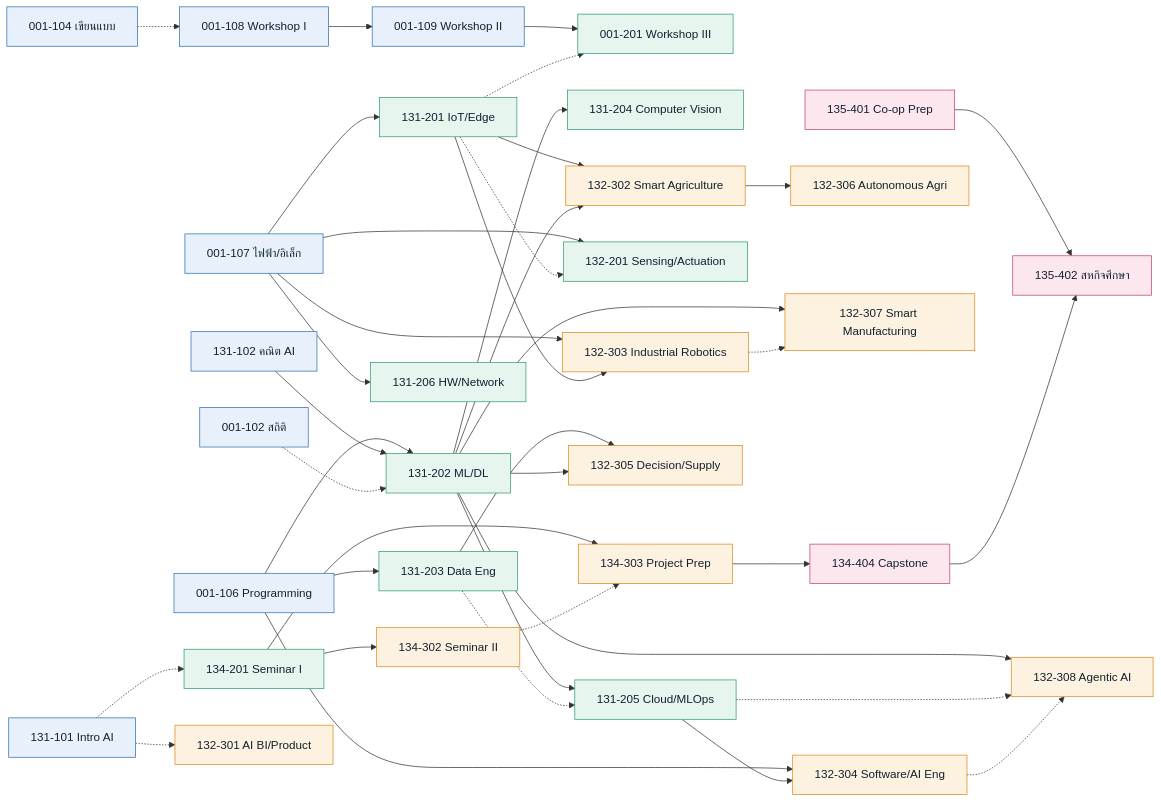
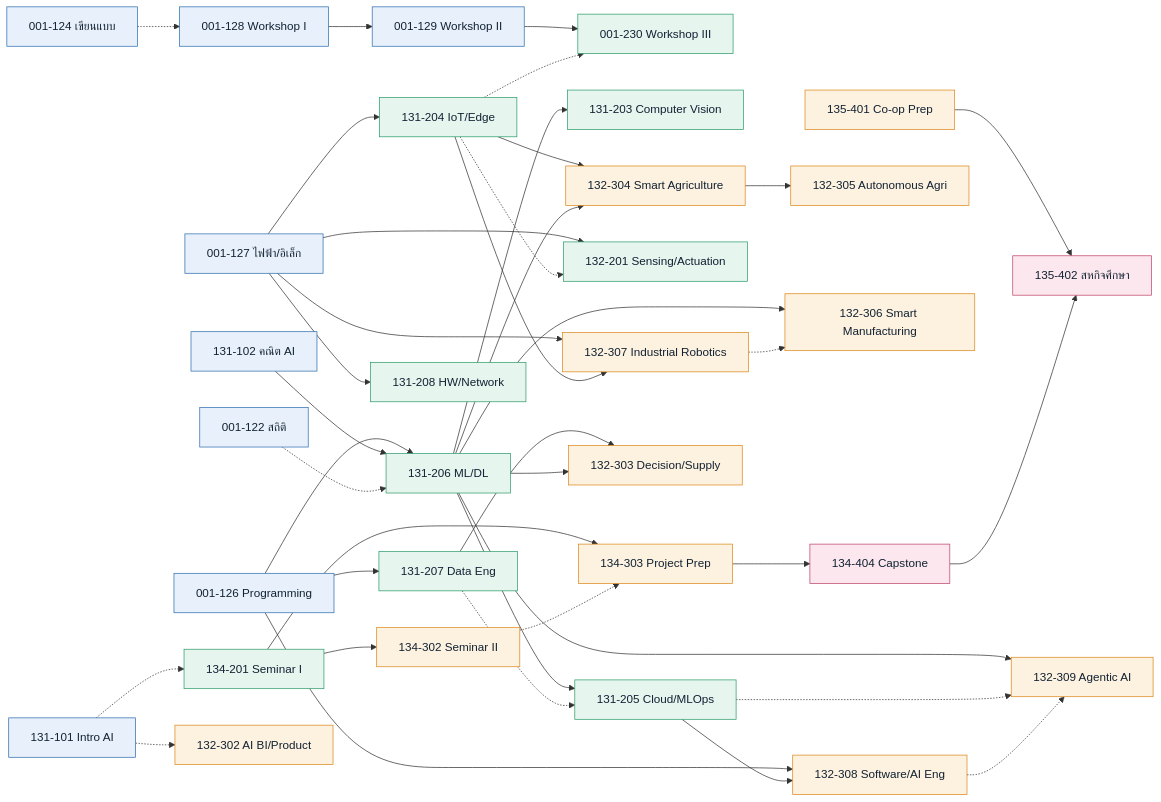
The diagram in Labor_Growth_Report_Vault/03_OBE_PLO_Design_2570/08_Study_Plan_and_Dependencies.md (babankbro/KSU-AI-EN), drawn with Mermaid before and after one commit. The commit also changed other lines of this file and 26 other files, not shown here.

````diff
--- a/Labor_Growth_Report_Vault/03_OBE_PLO_Design_2570/08_Study_Plan_and_Dependencies.md
+++ b/Labor_Growth_Report_Vault/03_OBE_PLO_Design_2570/08_Study_Plan_and_Dependencies.md
@@ -35,82 +37,82 @@
 ```mermaid
 flowchart LR
   classDef y1 fill:#e8f1fb,stroke:#2f6fb0,color:#123
   classDef y2 fill:#e6f5ee,stroke:#2f9e6b,color:#123
   classDef y3 fill:#fdf1df,stroke:#dd8a1e,color:#123
   classDef y4 fill:#fce7ee,stroke:#c1466b,color:#123
 
-  PROG["001-106 Programming"]:::y1
-  ELEC["001-107 ไฟฟ้า/อิเล็ก"]:::y1
-  STAT["001-102 สถิติ"]:::y1
-  DRAW["001-104 เขียนแบบ"]:::y1
-  W1["001-108 Workshop I"]:::y1
-  W2["001-109 Workshop II"]:::y1
+  PROG["001-126 Programming"]:::y1
+  ELEC["001-127 ไฟฟ้า/อิเล็ก"]:::y1
+  STAT["001-122 สถิติ"]:::y1
+  DRAW["001-124 เขียนแบบ"]:::y1
+  W1["001-128 Workshop I"]:::y1
+  W2["001-129 Workshop II"]:::y1
   INTRO["131-101 Intro AI"]:::y1
   MATH["131-102 คณิต AI"]:::y1
 
-  ML["131-202 ML/DL"]:::y2
-  DATA["131-203 Data Eng"]:::y2
-  IOT["131-201 IoT/Edge"]:::y2
-  W3["001-201 Workshop III"]:::y2
-  CV["131-204 Computer Vision"]:::y2
+  ML["131-206 ML/DL"]:::y2
+  DATA["131-207 Data Eng"]:::y2
+  IOT["131-204 IoT/Edge"]:::y2
+  W3["001-230 Workshop III"]:::y2
+  CV["131-203 Computer Vision"]:::y2
   CLOUD["131-205 Cloud/MLOps"]:::y2
-  HW["131-206 HW/Network"]:::y2
+  HW["131-208 HW/Network"]:::y2
   SENSE["132-201 Sensing/Actuation"]:::y2
   SEM1["134-201 Seminar I"]:::y2
 
-  BIZ["132-301 AI BI/Product"]:::y3
-  FARM["132-302 Smart Agriculture"]:::y3
-  ROBO["132-303 Industrial Robotics"]:::y3
-  SW["132-304 Software/AI Eng"]:::y3
-  SUP["132-305 Decision/Supply"]:::y3
-  AGRO["132-306 Autonomous Agri"]:::y3
-  MFG["132-307 Smart Manufacturing"]:::y3
-  AGENT["132-308 Agentic AI"]:::y3
+  BIZ["132-302 AI BI/Product"]:::y3
+  FARM["132-304 Smart Agriculture"]:::y3
+  ROBO["132-307 Industrial Robotics"]:::y3
+  SW["132-308 Software/AI Eng"]:::y3
+  SUP["132-303 Decision/Supply"]:::y3
+  AGRO["132-305 Autonomous Agri"]:::y3
+  MFG["132-306 Smart Manufacturing"]:::y3
+  AGENT["132-309 Agentic AI"]:::y3
 
   SEM2["134-302 Seminar II"]:::y3
   PREP["134-303 Project Prep"]:::y3
 
   CAP["134-404 Capstone"]:::y4
-  COPREP["135-401 Co-op Prep"]:::y4
+  COPREP["135-401 Co-op Prep"]:::y3
   COOP["135-402 สหกิจศึกษา"]:::y4
 
   PROG --> ML
   MATH --> ML
   STAT -.-> ML
   PROG --> DATA
   ELEC --> IOT
   DRAW -.-> W1
   W1 --> W2 --> W3
   IOT -.-> W3
 
   ML --> CV
   ML --> CLOUD
   DATA -.-> CLOUD
   ELEC --> HW
   ELEC --> SENSE
   IOT -.-> SENSE
 
   INTRO -.-> BIZ
   IOT --> FARM
   ML --> FARM
   ELEC --> ROBO
   IOT --> ROBO
   PROG --> SW
   CLOUD --> SW
   DATA --> SUP
   ML --> SUP
   FARM --> AGRO
   ML --> MFG
   ROBO -.-> MFG
   ML --> AGENT
   CLOUD -.-> AGENT
   SW -.-> AGENT
 
   INTRO -.-> SEM1
   SEM1 --> SEM2
   SEM1 --> PREP
   SEM2 -.-> PREP
   PREP --> CAP
   COPREP --> COOP
   CAP --> COOP
 ```
````
